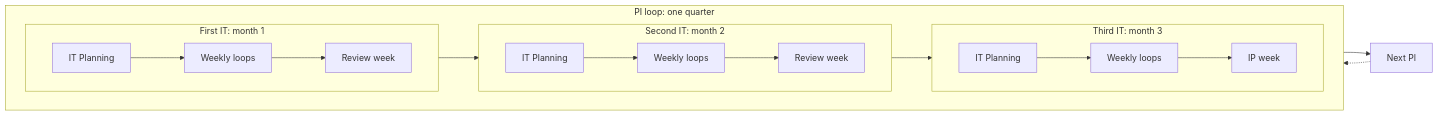
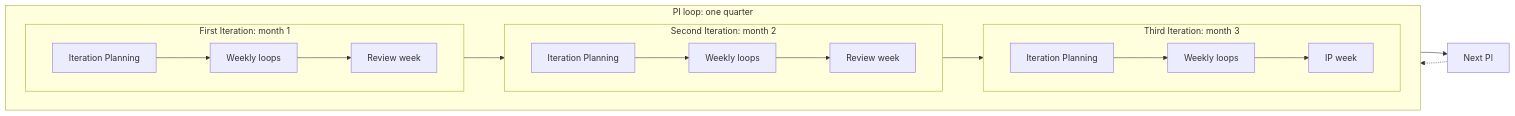
One commit to devhogu/ob-aicc changed the first of 4 diagrams in charter/workflows/cadence.md. Above: the diagram before and after it, drawn with Mermaid. The commit also changed other lines of this file and 63 other files, not shown here.

First line of the commit message:
Control loops in the Operating Model, Iteration in full, and the alignment of the pack (DR-2026-048)

````diff
--- a/charter/workflows/cadence.md
+++ b/charter/workflows/cadence.md
@@ -62,21 +62,21 @@
 ```mermaid
 flowchart LR
   subgraph PI["PI loop: one quarter"]
     direction LR
-    subgraph IT1["First IT: month 1"]
+    subgraph IT1["First Iteration: month 1"]
       direction LR
-      P1["IT Planning"] --> W1["Weekly loops"] --> R1["Review week"]
+      P1["Iteration Planning"] --> W1["Weekly loops"] --> R1["Review week"]
     end
-    subgraph IT2["Second IT: month 2"]
+    subgraph IT2["Second Iteration: month 2"]
       direction LR
-      P2["IT Planning"] --> W2["Weekly loops"] --> R2["Review week"]
+      P2["Iteration Planning"] --> W2["Weekly loops"] --> R2["Review week"]
     end
-    subgraph IT3["Third IT: month 3"]
+    subgraph IT3["Third Iteration: month 3"]
       direction LR
-      P3["IT Planning"] --> W3["Weekly loops"] --> IP["IP week"]
+      P3["Iteration Planning"] --> W3["Weekly loops"] --> IP["IP week"]
     end
     IT1 --> IT2 --> IT3
   end
   IP --> NEXT["Next PI"]
   NEXT -.-> PI
 ```
````
